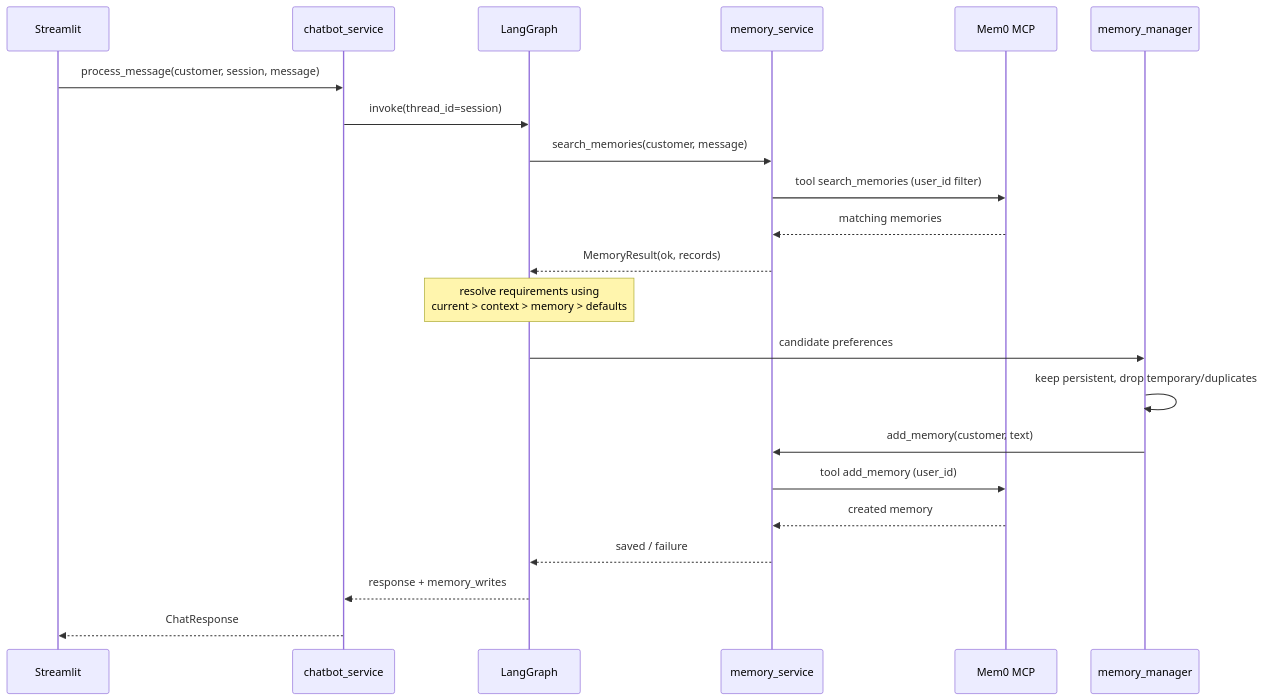
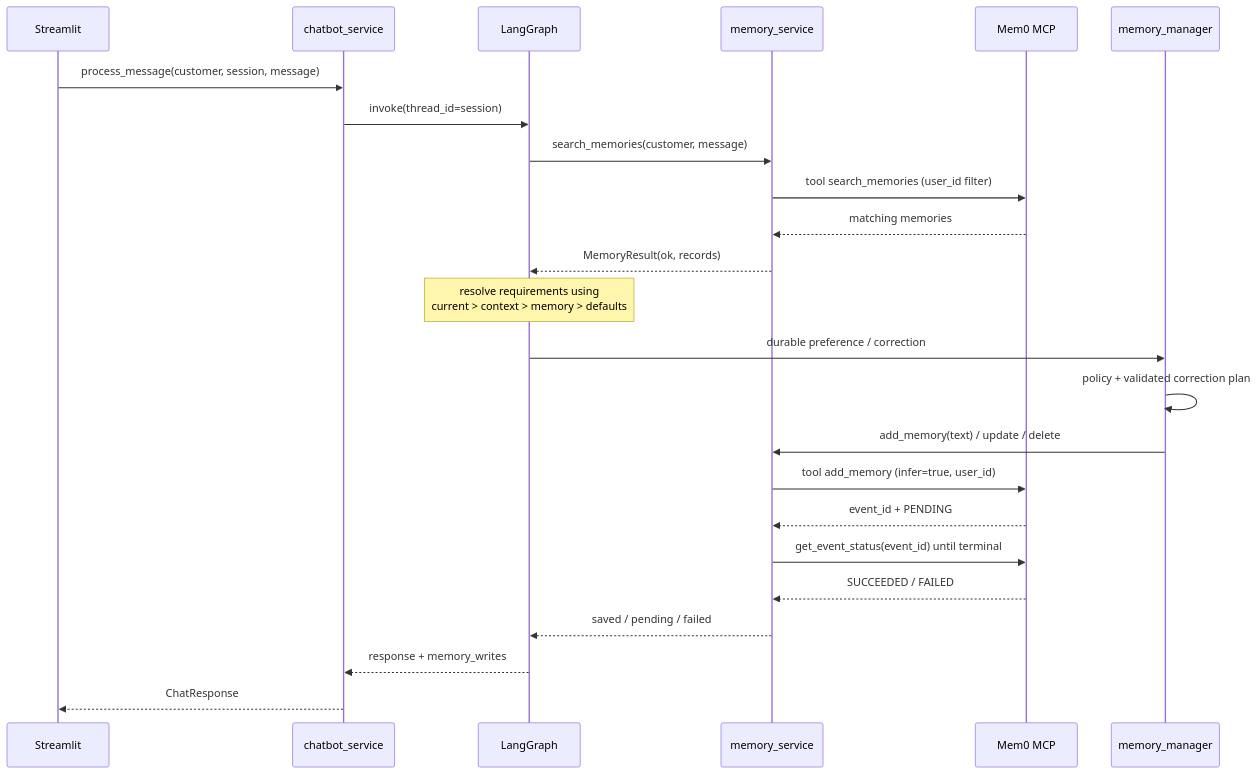
Before and after one commit to psbuilds/retail-mem0-poc: the second of 2 diagrams in README.md, drawn with Mermaid. The commit also changed other lines of this file and 56 other files, not shown here.

Commit message:
Added a jev based query routing node, and modifed the langgraph flow accordingly to prodeuce better tailored responses and to invoke mcp/api only when the user query demands it without invoking in each call

````diff
--- a/README.md
+++ b/README.md
@@ -154,25 +171,27 @@
 ```mermaid
 sequenceDiagram
     participant UI as Streamlit
     participant CS as chatbot_service
     participant G as LangGraph
     participant MS as memory_service
     participant MCP as Mem0 MCP
     participant MM as memory_manager
 
     UI->>CS: process_message(customer, session, message)
     CS->>G: invoke(thread_id=session)
-    G->>MS: search_memories(customer, message)
+    G->>MS: search_memories(customer, message)   # only if needed
     MS->>MCP: tool search_memories (user_id filter)
     MCP-->>MS: matching memories
     MS-->>G: MemoryResult(ok, records)
     Note over G: resolve requirements using<br/>current > context > memory > defaults
-    G->>MM: candidate preferences
-    MM->>MM: keep persistent, drop temporary/duplicates
-    MM->>MS: add_memory(customer, text)
-    MS->>MCP: tool add_memory (user_id)
-    MCP-->>MS: created memory
-    MS-->>G: saved / failure
+    G->>MM: durable preference / correction
+    MM->>MM: policy + validated correction plan
+    MM->>MS: add_memory(text) / update / delete
+    MS->>MCP: tool add_memory (infer=true, user_id)
+    MCP-->>MS: event_id + PENDING
+    MS->>MCP: get_event_status(event_id) until terminal
+    MCP-->>MS: SUCCEEDED / FAILED
+    MS-->>G: saved / pending / failed
     G-->>CS: response + memory_writes
     CS-->>UI: ChatResponse
 ```
````
